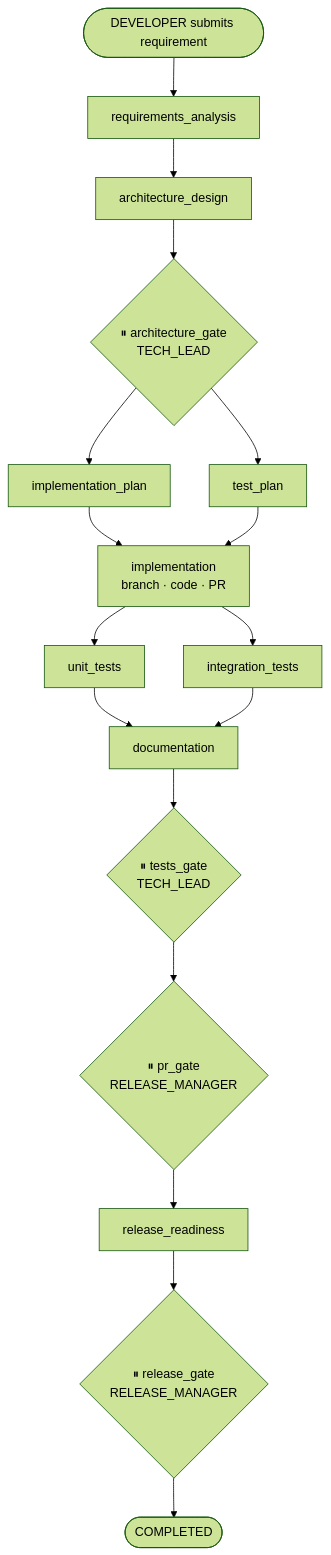
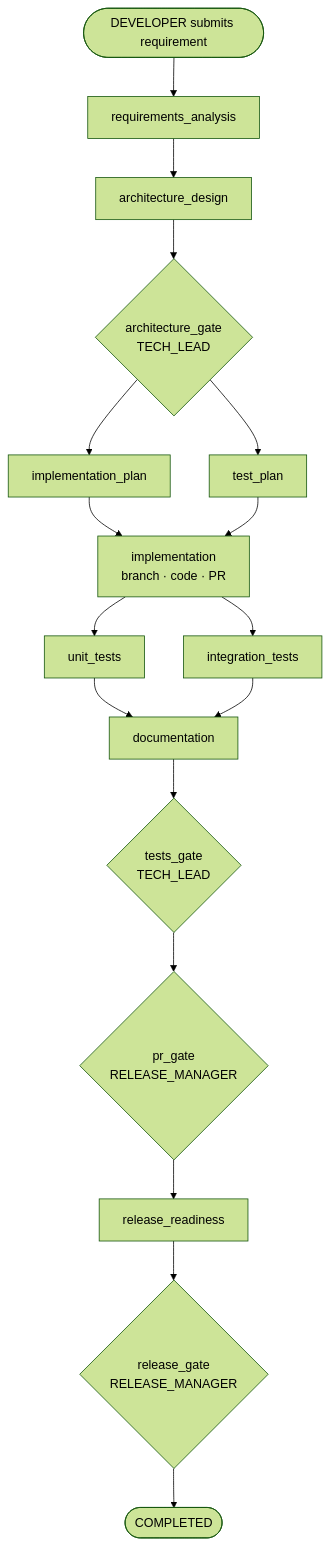
The diagram in docs/scenarios/greenfield.md (agentic-dev-projects/url-copilot), drawn with Mermaid (forest theme) before and after one commit. The commit also changed 5 other files, not shown here.

First line of the commit message:
fix: repair Mermaid diagrams broken on GitHub

````diff
--- a/docs/scenarios/greenfield.md
+++ b/docs/scenarios/greenfield.md
@@ -13,19 +13,19 @@
 ```mermaid
 flowchart TD
     SUBMIT([DEVELOPER submits requirement]) --> RA[requirements_analysis]
     RA --> AD[architecture_design]
-    AD --> G1{⏸ architecture_gate\nTECH_LEAD}
+    AD --> G1{"architecture_gate<br/>TECH_LEAD"}
     G1 --> IP[implementation_plan]
     G1 --> TP[test_plan]
-    IP --> IMPL[implementation\nbranch · code · PR]
+    IP --> IMPL["implementation<br/>branch · code · PR"]
     TP --> IMPL
     IMPL --> UT[unit_tests]
     IMPL --> IT[integration_tests]
     UT --> DOC[documentation]
     IT --> DOC
-    DOC --> G2{⏸ tests_gate\nTECH_LEAD}
-    G2 --> G3{⏸ pr_gate\nRELEASE_MANAGER}
+    DOC --> G2{"tests_gate<br/>TECH_LEAD"}
+    G2 --> G3{"pr_gate<br/>RELEASE_MANAGER"}
     G3 --> RR[release_readiness]
-    RR --> G4{⏸ release_gate\nRELEASE_MANAGER}
+    RR --> G4{"release_gate<br/>RELEASE_MANAGER"}
     G4 --> DONE([COMPLETED])
 ```
````
